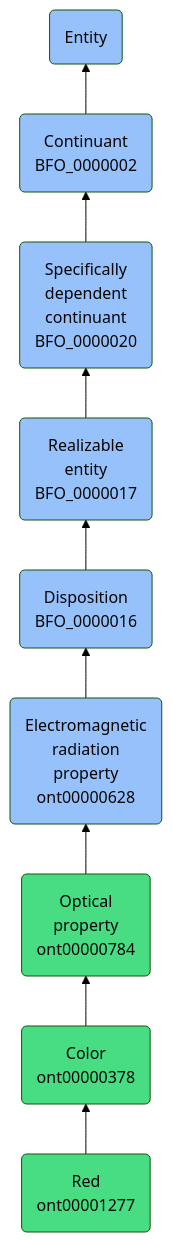
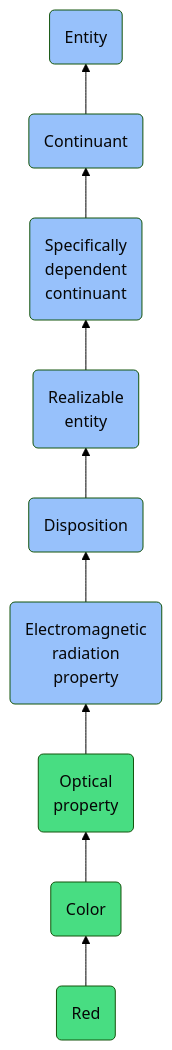
One commit to jupyter-naas/abi changed the diagram in docs/ontology/reference/model/Entity/Continuant/Specifically dependent continuant/Realizable entity/Disposition/Electromagnetic radiation property/Optical property/Color/Red/Red.md. Above: the diagram before and after it, drawn with Mermaid (forest theme). The commit also changed other lines of this file and 1430 other files, not shown here.

````diff
--- a/docs/ontology/reference/model/Entity/Continuant/Specifically dependent continuant/Realizable entity/Disposition/Electromagnetic radiation property/Optical property/Color/Red/Red.md
+++ b/docs/ontology/reference/model/Entity/Continuant/Specifically dependent continuant/Realizable entity/Disposition/Electromagnetic radiation property/Optical property/Color/Red/Red.md
@@ -24,16 +24,16 @@
 ```mermaid
 graph BT
-    ont00001277(Red<br>ont00001277):::ABI-->ont00000378
-    ont00000378(Color<br>ont00000378):::ABI-->ont00000784
-    ont00000784(Optical<br>property<br>ont00000784):::ABI-->ont00000628
-    ont00000628(Electromagnetic<br>radiation<br>property<br>ont00000628):::BFO-->BFO_0000016
-    BFO_0000016(Disposition<br>BFO_0000016):::BFO-->BFO_0000017
-    BFO_0000017(Realizable<br>entity<br>BFO_0000017):::BFO-->BFO_0000020
-    BFO_0000020(Specifically<br>dependent<br>continuant<br>BFO_0000020):::BFO-->BFO_0000002
-    BFO_0000002(Continuant<br>BFO_0000002):::BFO-->BFO_0000001
+    ont00001277(Red):::ABI-->ont00000378
+    ont00000378(Color):::ABI-->ont00000784
+    ont00000784(Optical<br>property):::ABI-->ont00000628
+    ont00000628(Electromagnetic<br>radiation<br>property):::BFO-->BFO_0000016
+    BFO_0000016(Disposition):::BFO-->BFO_0000017
+    BFO_0000017(Realizable<br>entity):::BFO-->BFO_0000020
+    BFO_0000020(Specifically<br>dependent<br>continuant):::BFO-->BFO_0000002
+    BFO_0000002(Continuant):::BFO-->BFO_0000001
     BFO_0000001(Entity):::BFO
     
     classDef BFO fill:#97c1fb,color:#060606
     classDef CCO fill:#e4c51e,color:#060606
     classDef ABI fill:#48DD82,color:#060606
 ```
````
